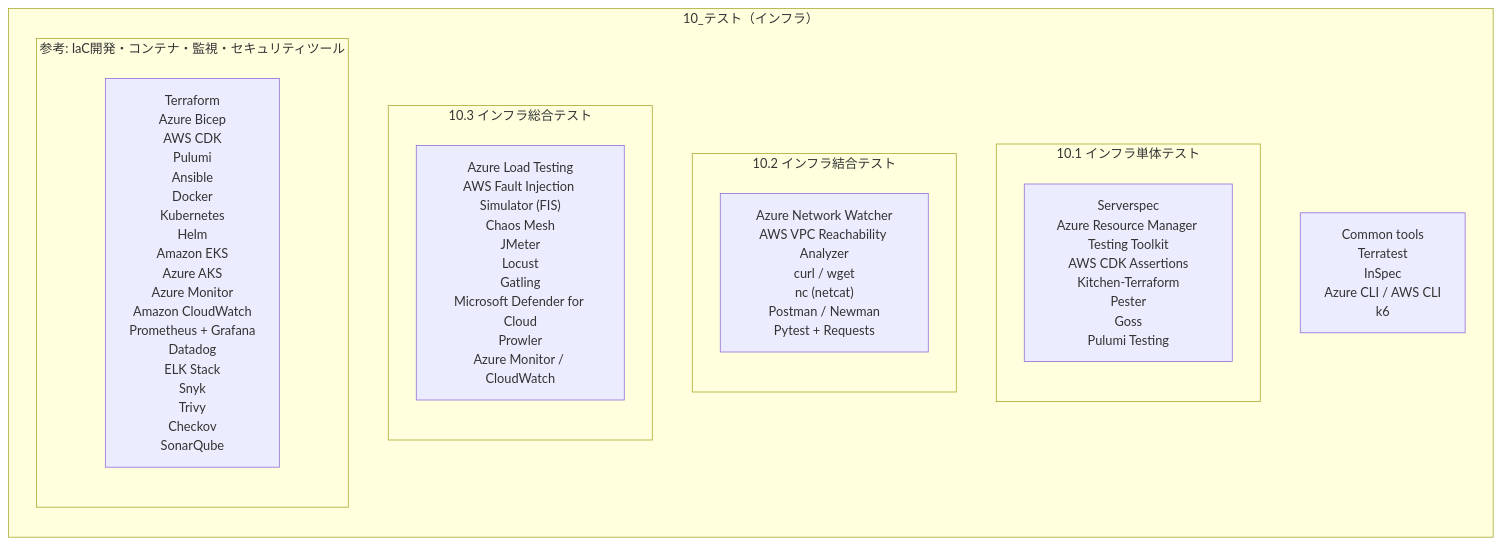
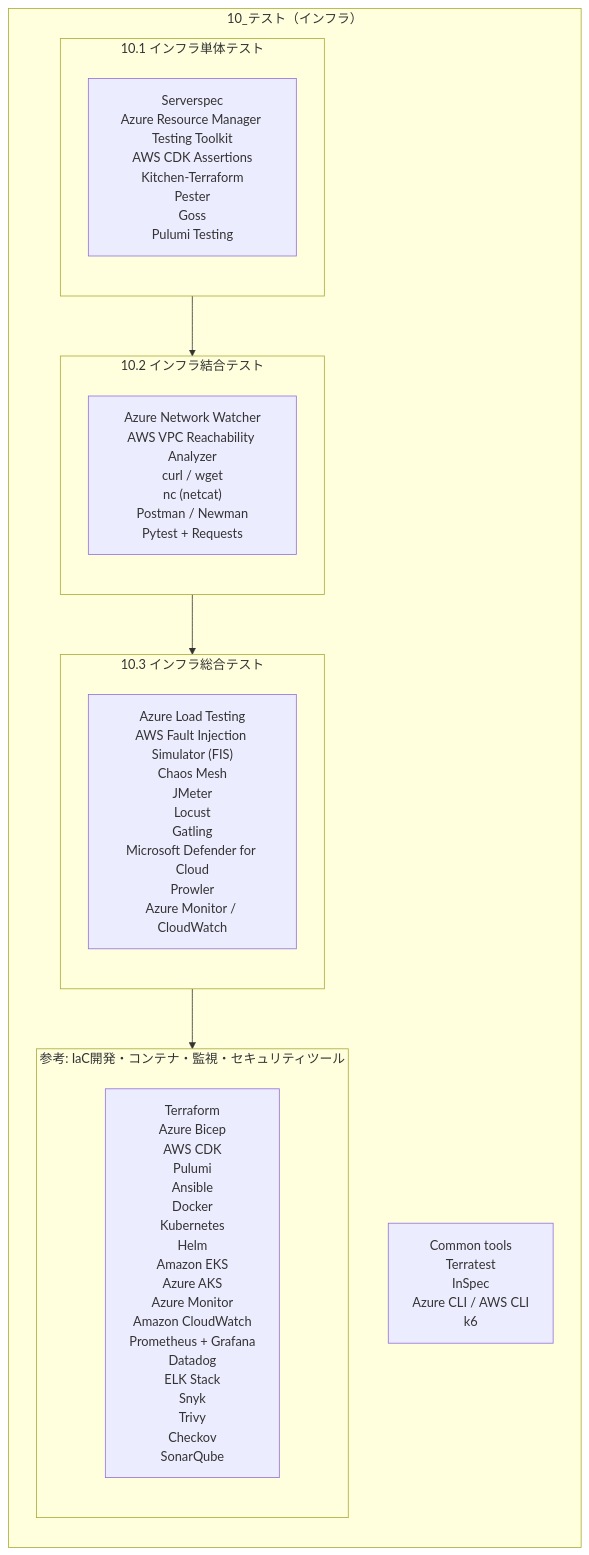
Before and after one commit to infinith4/dev-moderndev: diagram 12 of 13 in docs/dev_process_mermaid.md, drawn with Mermaid. The commit also changed other lines of this file, not shown here.

````diff
--- a/docs/dev_process_mermaid.md
+++ b/docs/dev_process_mermaid.md
@@ -275,24 +301,25 @@
 ```mermaid
 %%{init: {'flowchart': {'htmlLabels': true}}}%%
 flowchart TB
     subgraph P11[10_テスト（インフラ）]
         direction TB
         P11_common["Common tools<br/>Terratest<br/>InSpec<br/>Azure CLI / AWS CLI<br/>k6"]
         subgraph P11s1[10.1 インフラ単体テスト]
             direction TB
             P11s1_t["Serverspec<br/>Azure Resource Manager Testing Toolkit<br/>AWS CDK Assertions<br/>Kitchen-Terraform<br/>Pester<br/>Goss<br/>Pulumi Testing"]
         end
         subgraph P11s2[10.2 インフラ結合テスト]
             direction TB
             P11s2_t["Azure Network Watcher<br/>AWS VPC Reachability Analyzer<br/>curl / wget<br/>nc (netcat)<br/>Postman / Newman<br/>Pytest + Requests"]
         end
         subgraph P11s3[10.3 インフラ総合テスト]
             direction TB
             P11s3_t["Azure Load Testing<br/>AWS Fault Injection Simulator (FIS)<br/>Chaos Mesh<br/>JMeter<br/>Locust<br/>Gatling<br/>Microsoft Defender for Cloud<br/>Prowler<br/>Azure Monitor / CloudWatch"]
         end
         subgraph P11s4[参考: IaC開発・コンテナ・監視・セキュリティツール]
             direction TB
             P11s4_t["Terraform<br/>Azure Bicep<br/>AWS CDK<br/>Pulumi<br/>Ansible<br/>Docker<br/>Kubernetes<br/>Helm<br/>Amazon EKS<br/>Azure AKS<br/>Azure Monitor<br/>Amazon CloudWatch<br/>Prometheus + Grafana<br/>Datadog<br/>ELK Stack<br/>Snyk<br/>Trivy<br/>Checkov<br/>SonarQube"]
         end
+        P11s1 --> P11s2 --> P11s3 --> P11s4
     end
 ```
````
